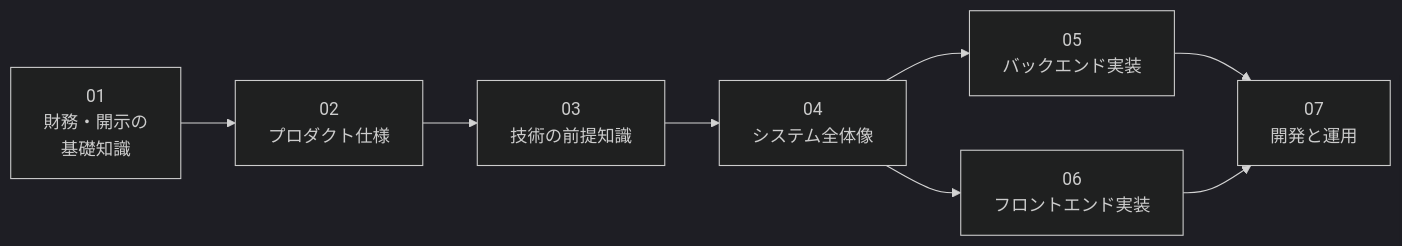
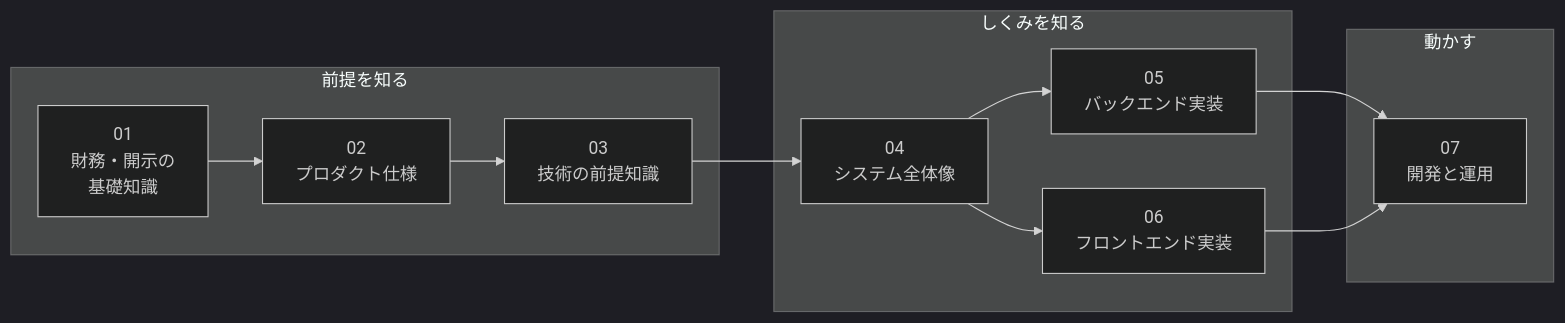
Before and after one commit to shin4488/financial-statement: the diagram in docs/guide/README.md, drawn with Mermaid (dark theme). The commit also changed other lines of this file, not shown here.

Commit message:
update: 学ぶ章の3段階（前提→しくみ→動かす）を目次の図に反映

````diff
--- a/docs/guide/README.md
+++ b/docs/guide/README.md
@@ -17,10 +19,17 @@
 ```mermaid
 flowchart LR
-    A["01<br>財務・開示の<br>基礎知識"] --> B["02<br>プロダクト仕様"]
-    B --> C["03<br>技術の前提知識"]
-    C --> D["04<br>システム全体像"]
-    D --> E["05<br>バックエンド実装"]
-    D --> F["06<br>フロントエンド実装"]
-    E --> G["07<br>開発と運用"]
+    subgraph P["前提を知る"]
+        A["01<br>財務・開示の<br>基礎知識"] --> B["02<br>プロダクト仕様"]
+        B --> C["03<br>技術の前提知識"]
+    end
+    subgraph S["しくみを知る"]
+        D["04<br>システム全体像"] --> E["05<br>バックエンド実装"]
+        D --> F["06<br>フロントエンド実装"]
+    end
+    subgraph U["動かす"]
+        G["07<br>開発と運用"]
+    end
+    C --> D
+    E --> G
     F --> G
 ```
````
